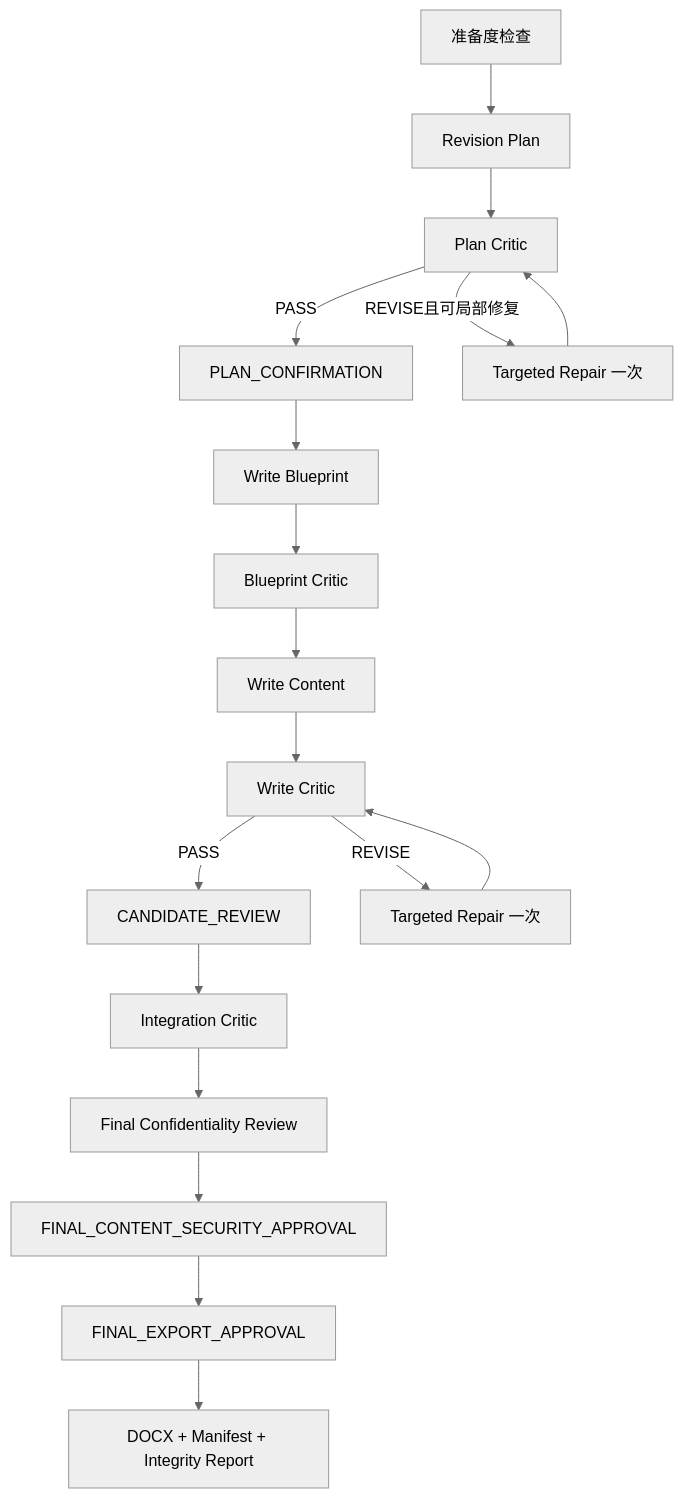
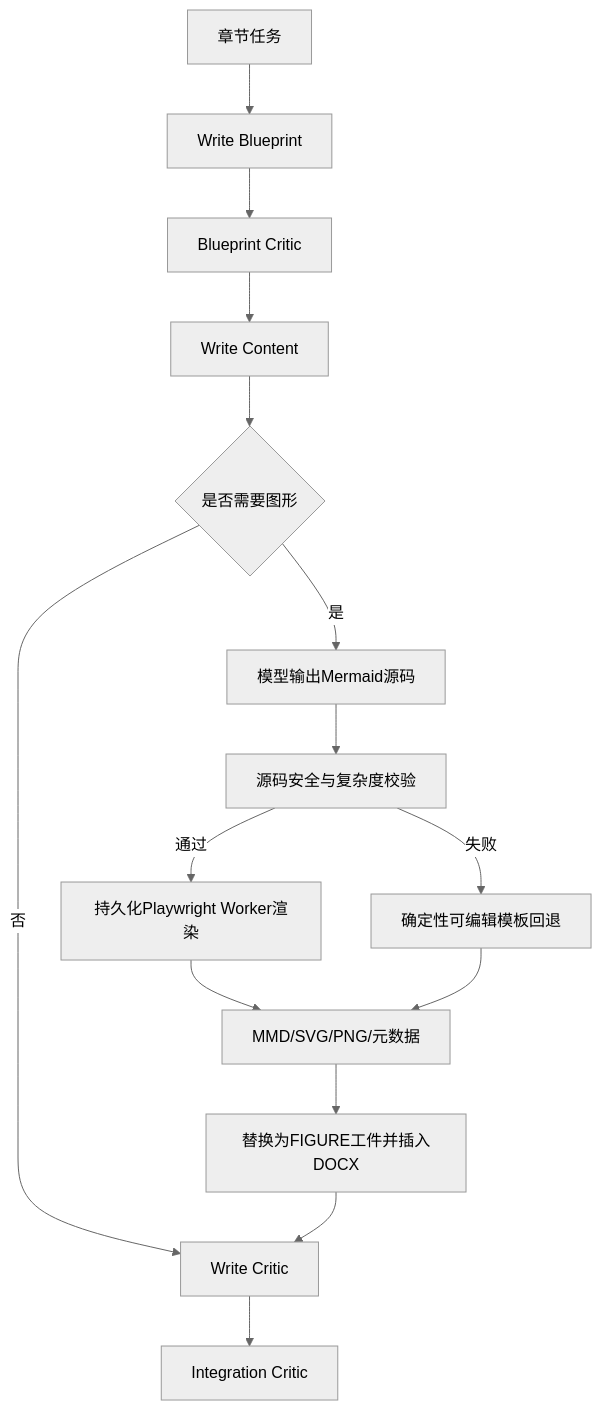
The third of 4 diagrams in SYSTEM_DESIGN.md (GGBOND121382/proposal_agent_system), drawn with Mermaid (neutral theme) before and after one commit. The commit also changed other lines of this file and 74 other files, not shown here.

Commit message:
add offline deployment, research archive, and Mermaid skills

````diff
--- a/SYSTEM_DESIGN.md
+++ b/SYSTEM_DESIGN.md
@@ -49,20 +55,17 @@
 ```mermaid
 flowchart TD
-    A[准备度检查] --> B[Revision Plan]
-    B --> C[Plan Critic]
-    C -->|PASS| D[PLAN_CONFIRMATION]
-    C -->|REVISE且可局部修复| R[Targeted Repair 一次]
-    R --> C
-    D --> E[Write Blueprint]
-    E --> F[Blueprint Critic]
-    F --> G[Write Content]
-    G --> H[Write Critic]
-    H -->|PASS| I[CANDIDATE_REVIEW]
-    H -->|REVISE| R2[Targeted Repair 一次]
-    R2 --> H
-    I --> J[Integration Critic]
-    J --> K[Final Confidentiality Review]
-    K --> L[FINAL_CONTENT_SECURITY_APPROVAL]
-    L --> M[FINAL_EXPORT_APPROVAL]
-    M --> N[DOCX + Manifest + Integrity Report]
+    A[章节任务] --> B[Write Blueprint]
+    B --> C[Blueprint Critic]
+    C --> D[Write Content]
+    D --> E{是否需要图形}
+    E -->|否| F[Write Critic]
+    E -->|是| G[模型输出Mermaid源码]
+    G --> H[源码安全与复杂度校验]
+    H -->|通过| I[持久化Playwright Worker渲染]
+    H -->|失败| J[确定性可编辑模板回退]
+    I --> K[MMD/SVG/PNG/元数据]
+    J --> K
+    K --> L[替换为FIGURE工件并插入DOCX]
+    L --> F
+    F --> M[Integration Critic]
 ```
````
